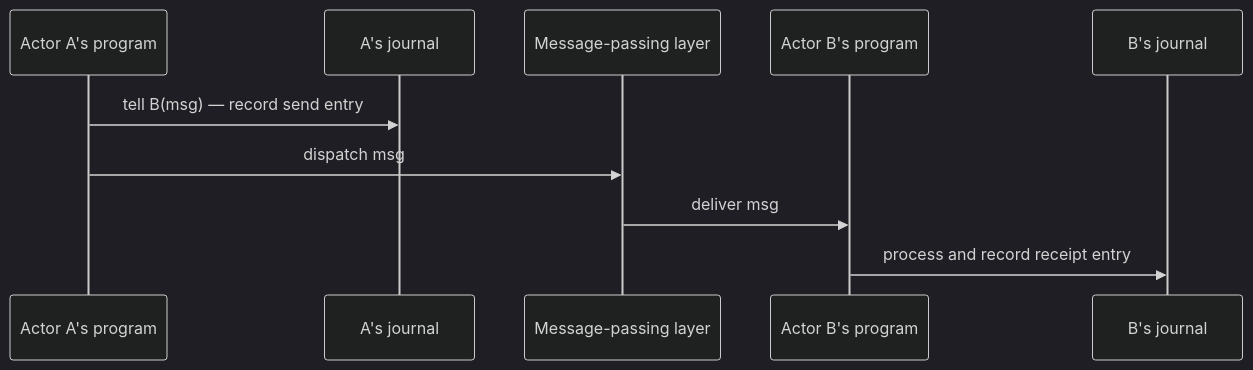
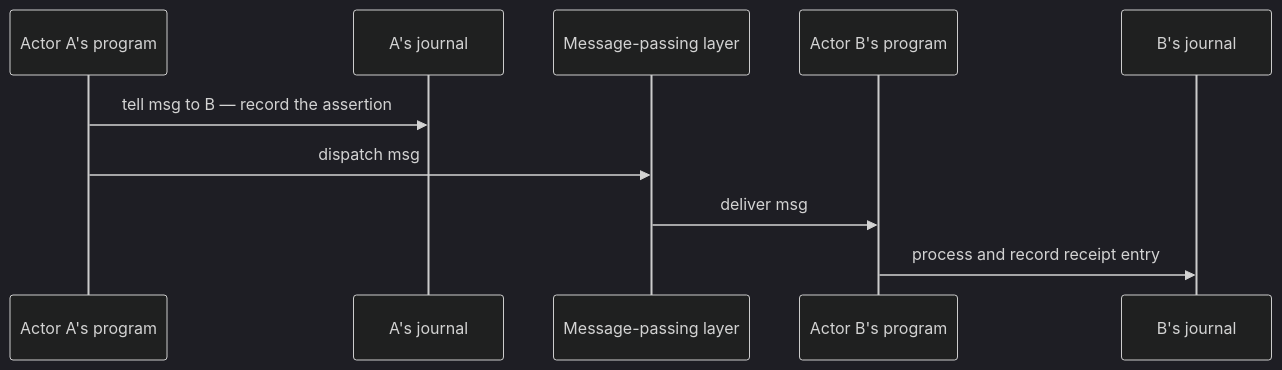
Before and after one commit to alvaroNCubo/puppeteer-papers: the diagram in 04-cross-actor-continuity.md, drawn with Mermaid (dark theme). The commit also changed other lines of this file and 2 other files, not shown here.

````diff
--- a/04-cross-actor-continuity.md
+++ b/04-cross-actor-continuity.md
@@ -388,13 +389,13 @@
 ```mermaid
 sequenceDiagram
     participant ProgA as Actor A's program
     participant JA as A's journal
     participant MPL as Message-passing layer
     participant ProgB as Actor B's program
     participant JB as B's journal
 
-    ProgA->>JA: tell B(msg) — record send entry
+    ProgA->>JA: tell msg to B — record the assertion
     ProgA->>MPL: dispatch msg
     MPL->>ProgB: deliver msg
     ProgB->>JB: process and record receipt entry
 ```
````
